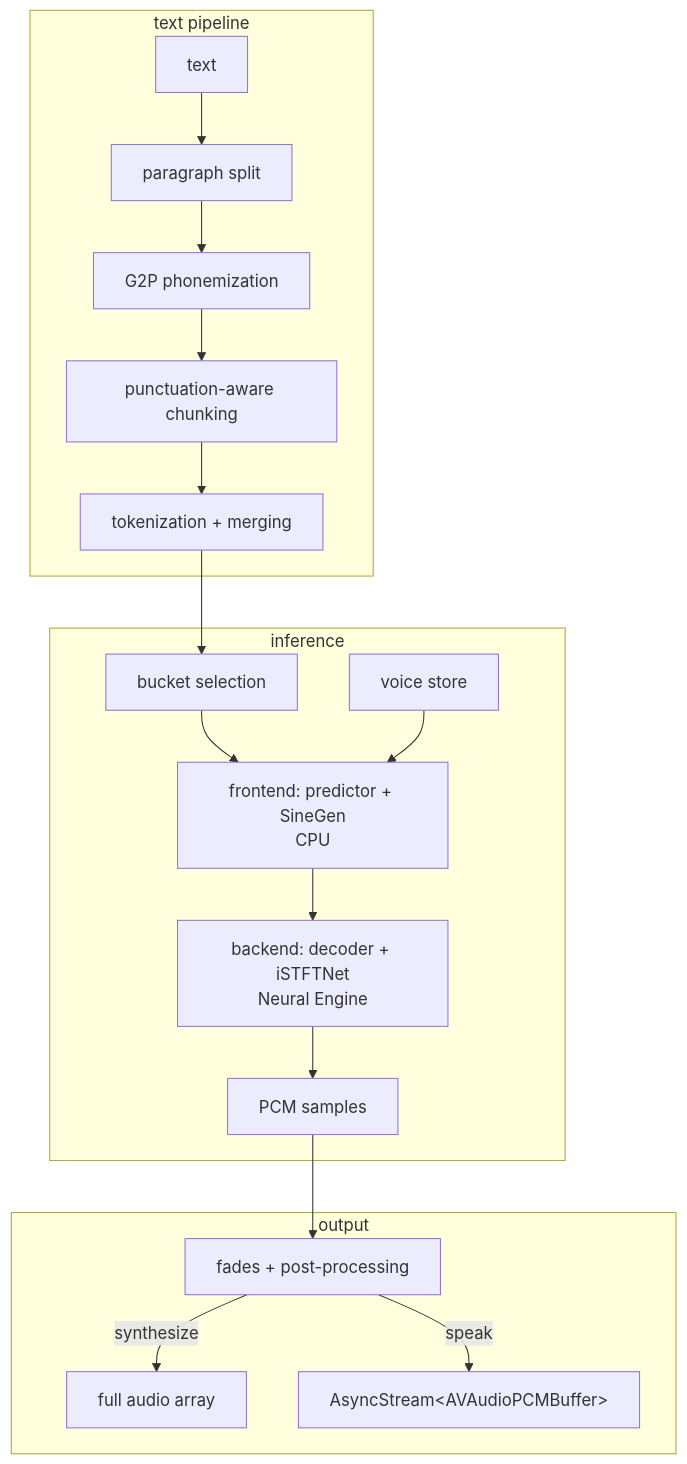
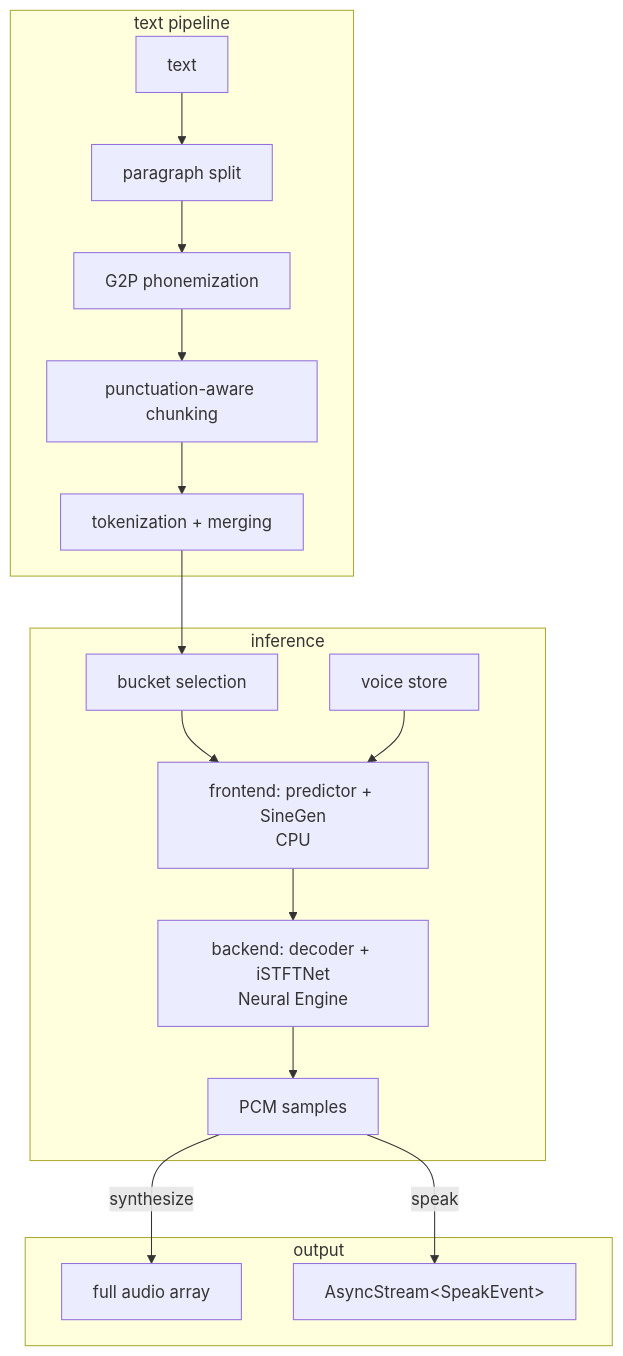
One commit to Jud/kokoro-ane changed the second of 2 diagrams in README.md. Above: the diagram before and after it, drawn with Mermaid. The commit also changed 5 other files, not shown here.

First line of the commit message:
Remove audio post-processing to match Python reference

````diff
--- a/README.md
+++ b/README.md
@@ -116,23 +116,22 @@
 ```mermaid
 graph TD
     subgraph "text pipeline"
         T1[text] --> T2[paragraph split]
         T2 --> T3[G2P phonemization]
         T3 --> T4[punctuation-aware chunking]
         T4 --> T5[tokenization + merging]
     end
 
     subgraph "inference"
         T5 --> I1[bucket selection]
         I1 --> I2[frontend: predictor + SineGen<br/>CPU]
         V[voice store] --> I2
         I2 --> I3[backend: decoder + iSTFTNet<br/>Neural Engine]
         I3 --> I4[PCM samples]
     end
 
     subgraph "output"
-        I4 --> P1[fades + post-processing]
-        P1 -->|synthesize| O1[full audio array]
-        P1 -->|speak| O2[AsyncStream&lt;AVAudioPCMBuffer&gt;]
+        I4 -->|synthesize| O1[full audio array]
+        I4 -->|speak| O2[AsyncStream&lt;SpeakEvent&gt;]
     end
 ```
````
